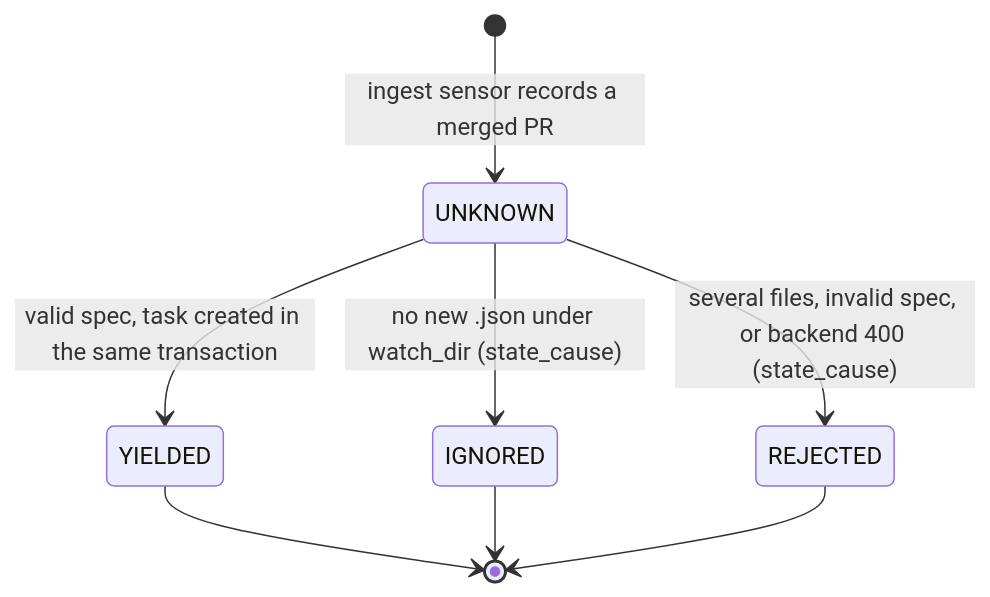
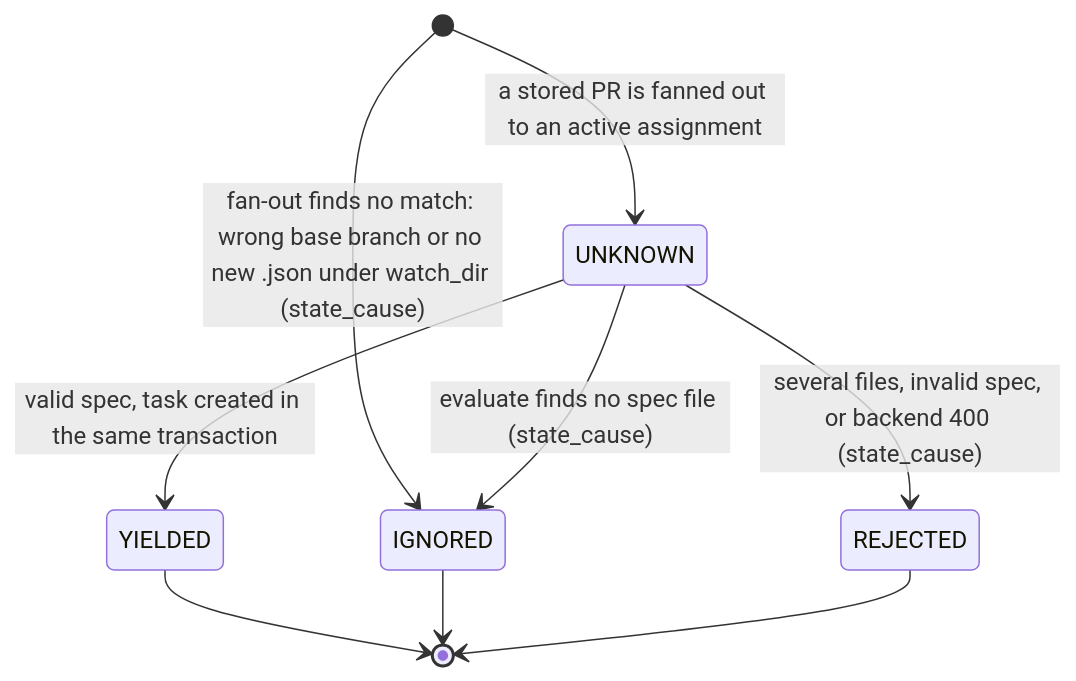
One commit to Aridhia-Open-Source/PHEMS_federated_node changed the third of 5 diagrams in docs/architecture/entities.md. Above: the diagram before and after it, drawn with Mermaid. The commit also changed other lines of this file and 15 other files, not shown here.

````diff
--- a/docs/architecture/entities.md
+++ b/docs/architecture/entities.md
@@ -192,10 +231,11 @@
 ```mermaid
 stateDiagram-v2
-    [*] --> UNKNOWN : ingest sensor records a merged PR
+    [*] --> UNKNOWN : a stored PR is fanned out to an active assignment
     UNKNOWN --> YIELDED : valid spec, task created in the same transaction
-    UNKNOWN --> IGNORED : no new .json under watch_dir (state_cause)
+    [*] --> IGNORED : fan-out finds no match: wrong base branch or no new .json under watch_dir (state_cause)
+    UNKNOWN --> IGNORED : evaluate finds no spec file (state_cause)
     UNKNOWN --> REJECTED : several files, invalid spec, or backend 400 (state_cause)
     YIELDED --> [*]
     IGNORED --> [*]
     REJECTED --> [*]
 ```
````
